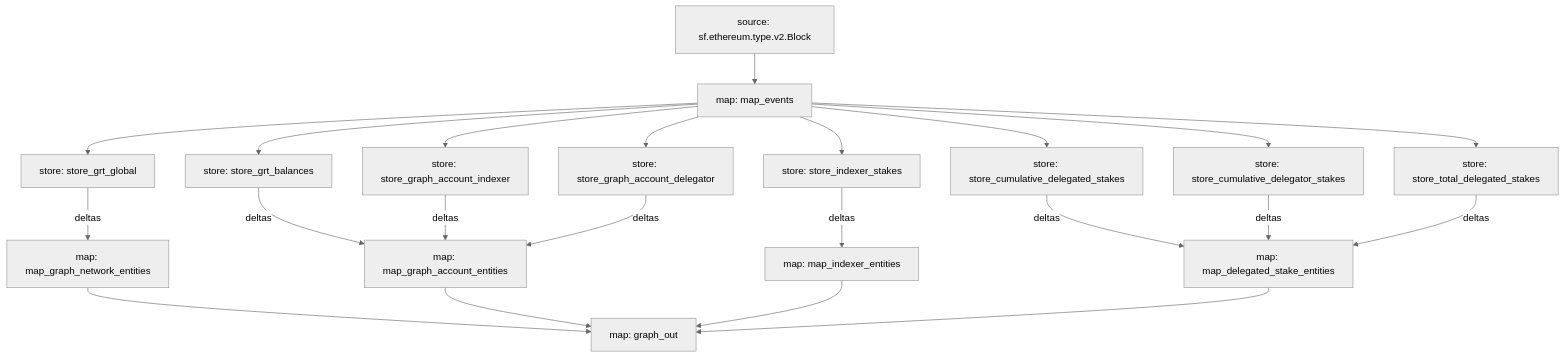
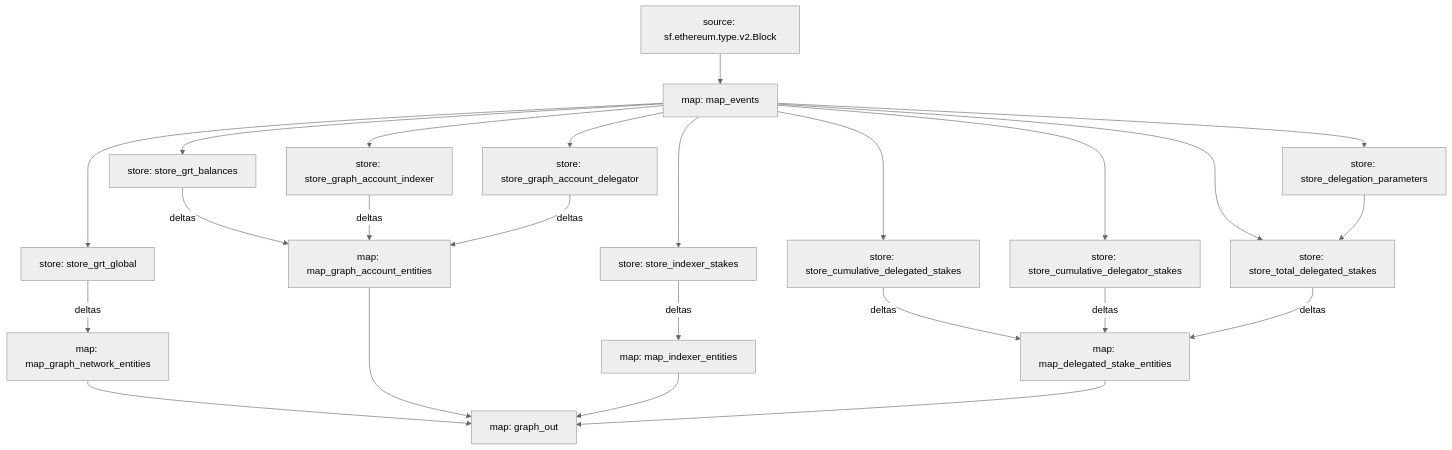
The diagram in README.md (graphops/graph-network-substreams), drawn with Mermaid (neutral theme) before and after one commit. The commit also changed other lines of this file, not shown here.

Commit message:
docs: read me updated

````diff
--- a/README.md
+++ b/README.md
@@ -22,39 +24,41 @@
 ```mermaid
 graph TD;
-  map_events[map: map_events]
+map_events[map: map_events]
   sf.ethereum.type.v2.Block[source: sf.ethereum.type.v2.Block] --> map_events
   store_grt_balances[store: store_grt_balances]
   map_events --> store_grt_balances
   store_grt_global[store: store_grt_global]
   map_events --> store_grt_global
   store_indexer_stakes[store: store_indexer_stakes]
   map_events --> store_indexer_stakes
   store_graph_account_indexer[store: store_graph_account_indexer]
   map_events --> store_graph_account_indexer
   store_graph_account_delegator[store: store_graph_account_delegator]
   map_events --> store_graph_account_delegator
   store_cumulative_delegated_stakes[store: store_cumulative_delegated_stakes]
   map_events --> store_cumulative_delegated_stakes
   store_cumulative_delegator_stakes[store: store_cumulative_delegator_stakes]
   map_events --> store_cumulative_delegator_stakes
   store_total_delegated_stakes[store: store_total_delegated_stakes]
   map_events --> store_total_delegated_stakes
+  store_delegation_parameters --> store_total_delegated_stakes
+  store_delegation_parameters[store: store_delegation_parameters]
+  map_events --> store_delegation_parameters
   map_graph_network_entities[map: map_graph_network_entities]
   store_grt_global -- deltas --> map_graph_network_entities
   map_graph_account_entities[map: map_graph_account_entities]
   store_grt_balances -- deltas --> map_graph_account_entities
   store_graph_account_indexer -- deltas --> map_graph_account_entities
   store_graph_account_delegator -- deltas --> map_graph_account_entities
   map_indexer_entities[map: map_indexer_entities]
   store_indexer_stakes -- deltas --> map_indexer_entities
   map_delegated_stake_entities[map: map_delegated_stake_entities]
   store_cumulative_delegated_stakes -- deltas --> map_delegated_stake_entities
   store_cumulative_delegator_stakes -- deltas --> map_delegated_stake_entities
   store_total_delegated_stakes -- deltas --> map_delegated_stake_entities
   graph_out[map: graph_out]
   map_graph_network_entities --> graph_out
   map_graph_account_entities --> graph_out
   map_indexer_entities --> graph_out
   map_delegated_stake_entities --> graph_out
-
 ```
````
